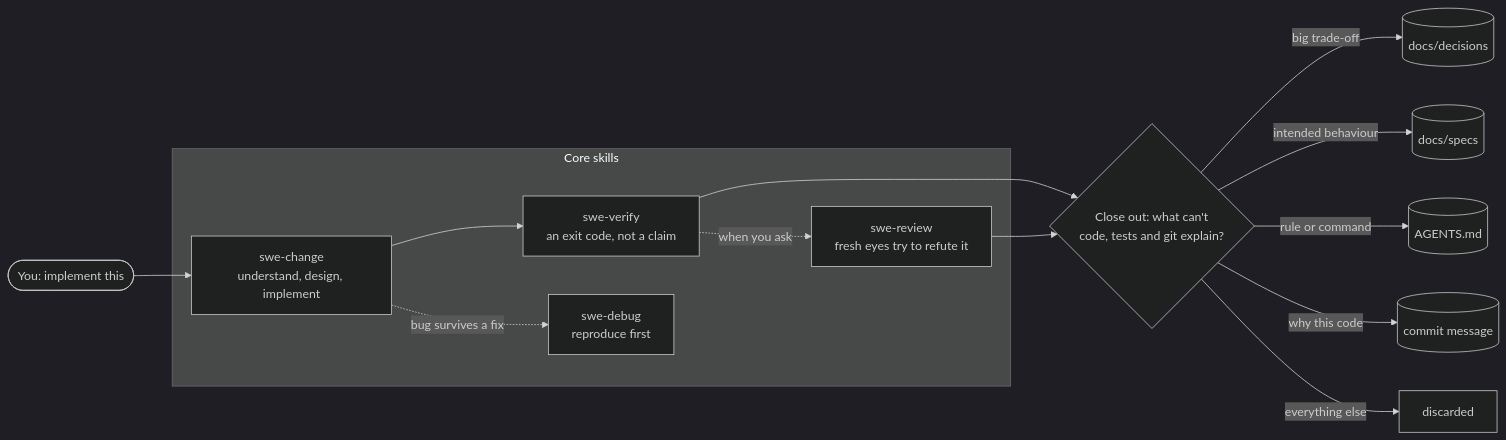
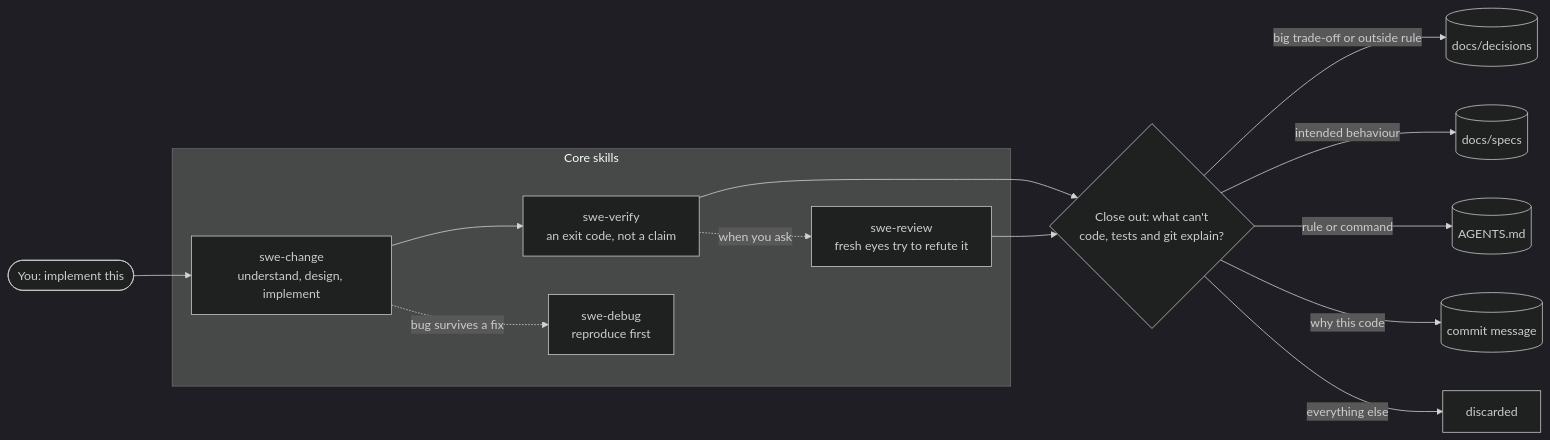
One commit to Crypto-Gi/swe-harness changed the diagram in README.md. Above: the diagram before and after it, drawn with Mermaid (dark theme). The commit also changed other lines of this file and 6 other files, not shown here.

First line of the commit message:
Docs: describe the outside-rule behaviour everywhere it applies

````diff
--- a/README.md
+++ b/README.md
@@ -13,16 +13,16 @@
 ```mermaid
 flowchart LR
     U(["You: implement this"]) --> C
     subgraph core ["Core skills"]
         C["swe-change<br/>understand, design, implement"] --> V["swe-verify<br/>an exit code, not a claim"]
         V -.->|when you ask| R["swe-review<br/>fresh eyes try to refute it"]
         C -.->|bug survives a fix| D["swe-debug<br/>reproduce first"]
     end
     V --> K{"Close out: what can't<br/>code, tests and git explain?"}
     R --> K
-    K -->|big trade-off| DEC[("docs/decisions")]
+    K -->|big trade-off or outside rule| DEC[("docs/decisions")]
     K -->|intended behaviour| SPEC[("docs/specs")]
     K -->|rule or command| AG[("AGENTS.md")]
     K -->|why this code| GIT[("commit message")]
     K -->|everything else| X["discarded"]
 ```
````
